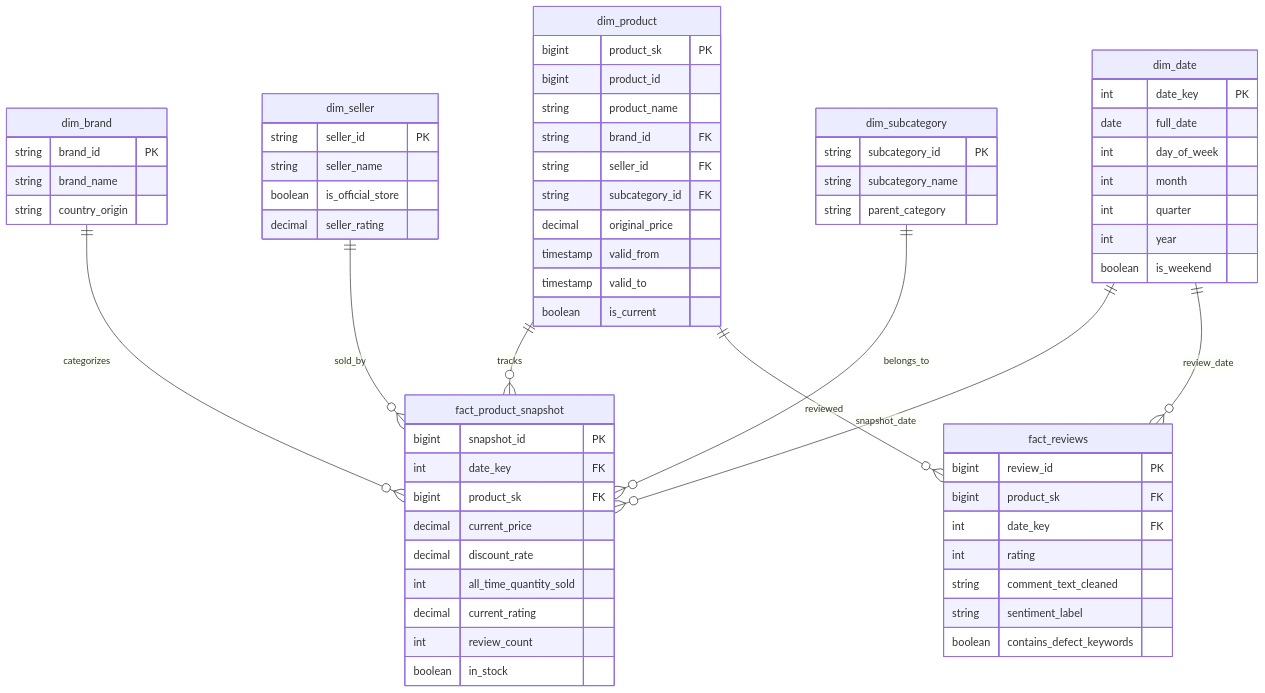
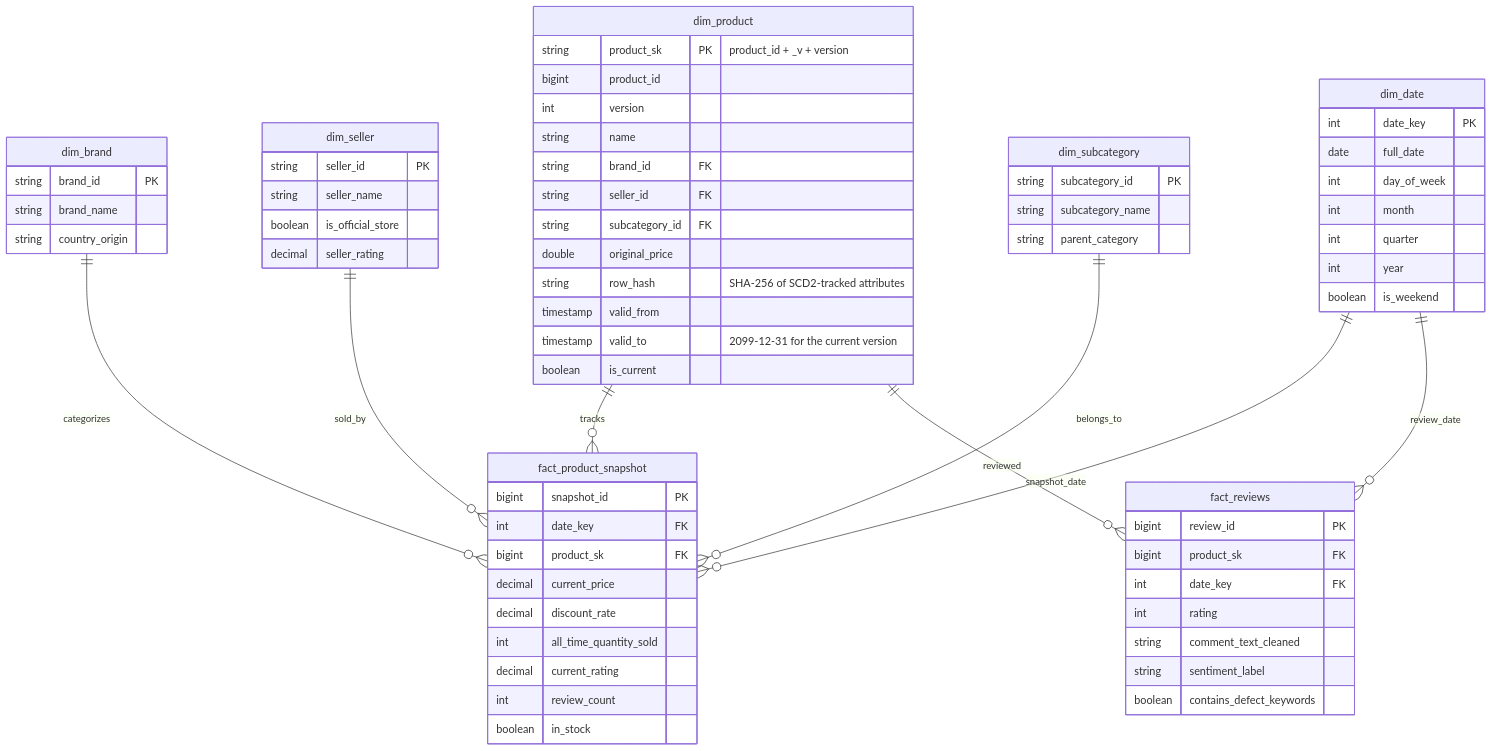
One commit to TrungPham233/Tiki-market-platform changed the diagram in docs/data_model.md. Above: the diagram before and after it, drawn with Mermaid. The commit also changed 46 other files, not shown here.

````diff
--- a/docs/data_model.md
+++ b/docs/data_model.md
@@ -5,75 +5,77 @@
 ```mermaid
 erDiagram
     dim_product ||--o{ fact_product_snapshot : "tracks"
     dim_brand ||--o{ fact_product_snapshot : "categorizes"
     dim_seller ||--o{ fact_product_snapshot : "sold_by"
     dim_subcategory ||--o{ fact_product_snapshot : "belongs_to"
     dim_date ||--o{ fact_product_snapshot : "snapshot_date"
 
     dim_product ||--o{ fact_reviews : "reviewed"
     dim_date ||--o{ fact_reviews : "review_date"
 
     dim_product {
-        bigint product_sk PK
+        string product_sk PK "product_id + _v + version"
         bigint product_id
-        string product_name
+        int version
+        string name
         string brand_id FK
         string seller_id FK
         string subcategory_id FK
-        decimal original_price
+        double original_price
+        string row_hash "SHA-256 of SCD2-tracked attributes"
         timestamp valid_from
-        timestamp valid_to
+        timestamp valid_to "2099-12-31 for the current version"
         boolean is_current
     }
 
     dim_brand {
         string brand_id PK
         string brand_name
         string country_origin
     }
 
     dim_seller {
         string seller_id PK
         string seller_name
         boolean is_official_store
         decimal seller_rating
     }
 
     dim_subcategory {
         string subcategory_id PK
         string subcategory_name
         string parent_category
     }
 
     dim_date {
         int date_key PK
         date full_date
         int day_of_week
         int month
         int quarter
         int year
         boolean is_weekend
     }
 
     fact_product_snapshot {
         bigint snapshot_id PK
         int date_key FK
         bigint product_sk FK
         decimal current_price
         decimal discount_rate
         int all_time_quantity_sold
         decimal current_rating
         int review_count
         boolean in_stock
     }
 
     fact_reviews {
         bigint review_id PK
         bigint product_sk FK
         int date_key FK
         int rating
         string comment_text_cleaned
         string sentiment_label
         boolean contains_defect_keywords
     }
 ```
````
